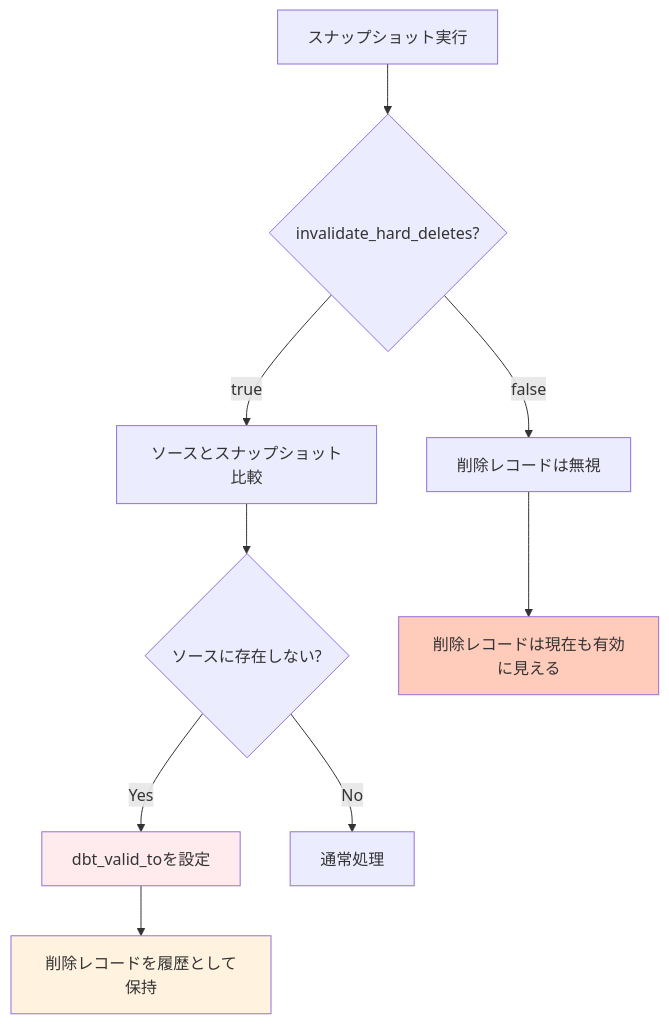
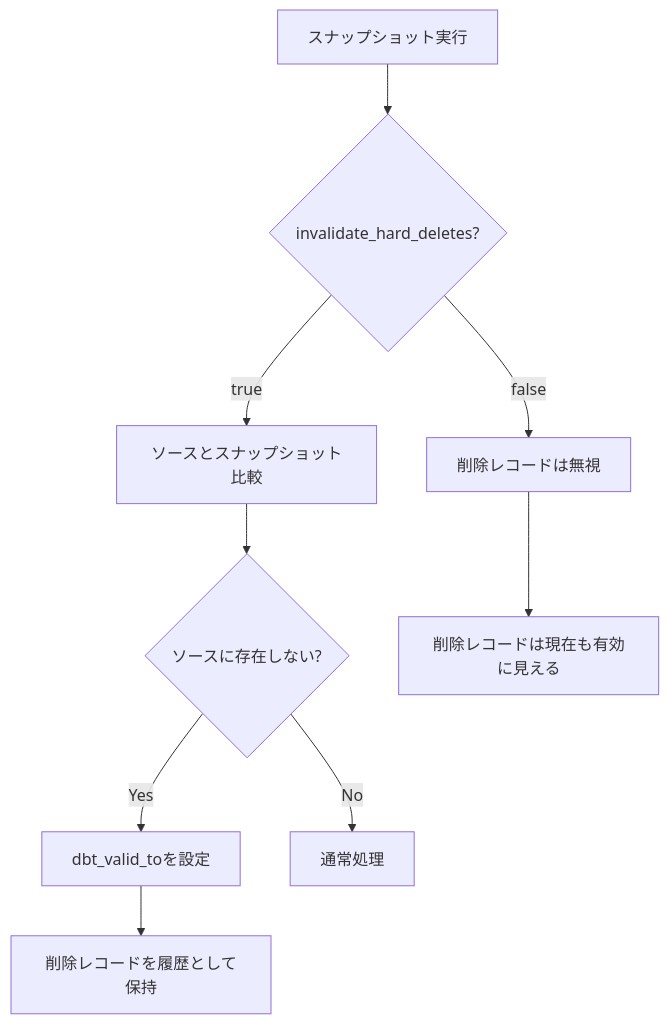
The sixth of 14 diagrams in content/Tech/dbt/categories/snapshot-config.md (1210yuichi0/1210yuichi0.github.io), drawn with Mermaid before and after one commit. The commit also changed other lines of this file and 22 other files, not shown here.

First line of the commit message:
style: remove Mermaid style directives for dark mode compatibility

````diff
--- a/content/Tech/dbt/categories/snapshot-config.md
+++ b/content/Tech/dbt/categories/snapshot-config.md
@@ -613,17 +600,14 @@
 ```mermaid
 flowchart TD
     A[スナップショット実行] --> B{invalidate_hard_deletes?}
     B -->|true| C[ソースとスナップショット比較]
     B -->|false| D[削除レコードは無視]
 
     C --> E{ソースに存在しない?}
     E -->|Yes| F[dbt_valid_toを設定]
     E -->|No| G[通常処理]
 
     F --> H[削除レコードを履歴として保持]
     D --> I[削除レコードは現在も有効に見える]
 
-    style F fill:#ffebee
-    style H fill:#fff3e0
-    style I fill:#ffccbc
 ```
````
